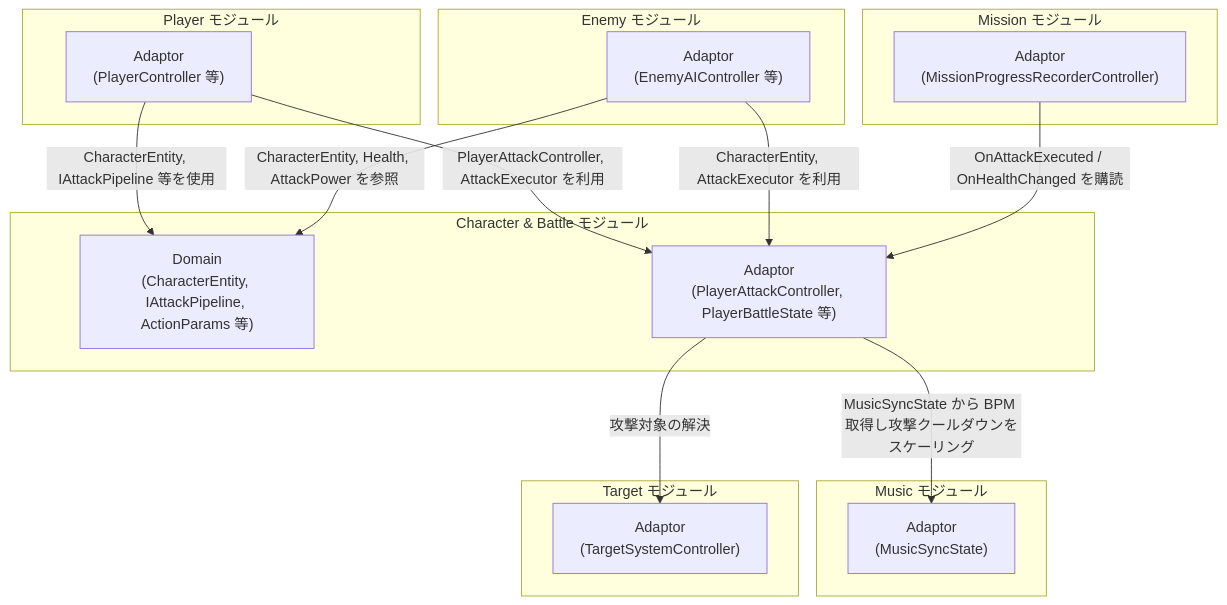
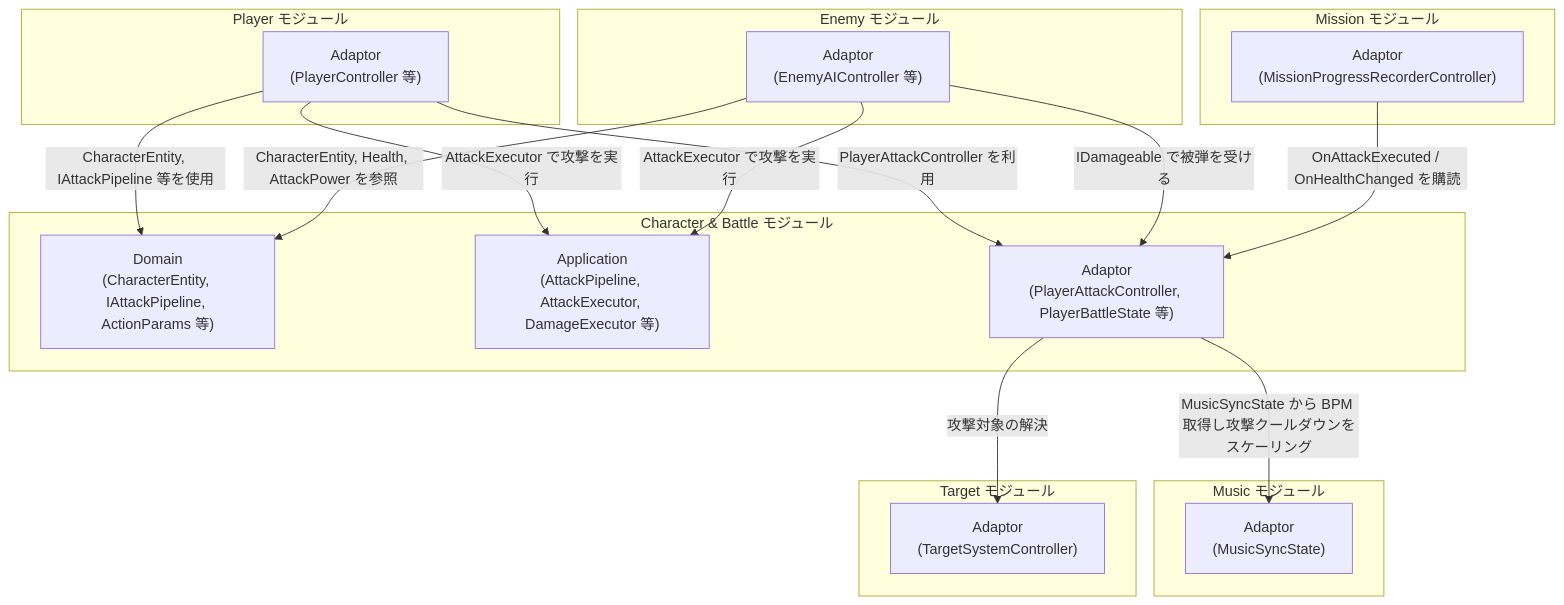
The first of 4 diagrams in Assets/Docs/ScriptsDocs/Modules/NotionModuleDocs/Character&Battle.md (HIBIKI5201/SymphonyKillChord), drawn with Mermaid before and after one commit. The commit also changed other lines of this file and 8 other files, not shown here.

````diff
--- a/Assets/Docs/ScriptsDocs/Modules/NotionModuleDocs/Character&Battle.md
+++ b/Assets/Docs/ScriptsDocs/Modules/NotionModuleDocs/Character&Battle.md
@@ -60,37 +60,40 @@
 ```mermaid
 graph TD
     %% 定義 (接続のないレイヤーは省略)
     subgraph CharacterBattleModule [Character & Battle モジュール]
         CB_Domain["Domain\n(CharacterEntity, IAttackPipeline, ActionParams 等)"]
+        CB_App["Application\n(AttackPipeline, AttackExecutor, DamageExecutor 等)"]
         CB_Adaptor["Adaptor\n(PlayerAttackController, PlayerBattleState 等)"]
     end
 
     subgraph PlayerModule [Player モジュール]
         P_Adaptor["Adaptor\n(PlayerController 等)"]
     end
 
     subgraph EnemyModule [Enemy モジュール]
         E_Adaptor["Adaptor\n(EnemyAIController 等)"]
     end
 
     subgraph MusicModule [Music モジュール]
         M_Adaptor["Adaptor\n(MusicSyncState)"]
     end
 
     subgraph TargetModule [Target モジュール]
         T_Adaptor["Adaptor\n(TargetSystemController)"]
     end
 
     subgraph MissionModule [Mission モジュール]
         MS_Adaptor["Adaptor\n(MissionProgressRecorderController)"]
     end
 
     %% 依存関係
     P_Adaptor -->|"CharacterEntity, IAttackPipeline 等を使用"| CB_Domain
-    P_Adaptor -->|"PlayerAttackController, AttackExecutor を利用"| CB_Adaptor
+    P_Adaptor -->|"PlayerAttackController を利用"| CB_Adaptor
+    P_Adaptor -->|"AttackExecutor で攻撃を実行"| CB_App
     E_Adaptor -->|"CharacterEntity, Health, AttackPower を参照"| CB_Domain
-    E_Adaptor -->|"CharacterEntity, AttackExecutor を利用"| CB_Adaptor
+    E_Adaptor -->|"IDamageable で被弾を受ける"| CB_Adaptor
+    E_Adaptor -->|"AttackExecutor で攻撃を実行"| CB_App
     CB_Adaptor -->|"MusicSyncState から BPM 取得し攻撃クールダウンをスケーリング"| M_Adaptor
     CB_Adaptor -->|"攻撃対象の解決"| T_Adaptor
     MS_Adaptor -->|"OnAttackExecuted / OnHealthChanged を購読"| CB_Adaptor
 ```
````
